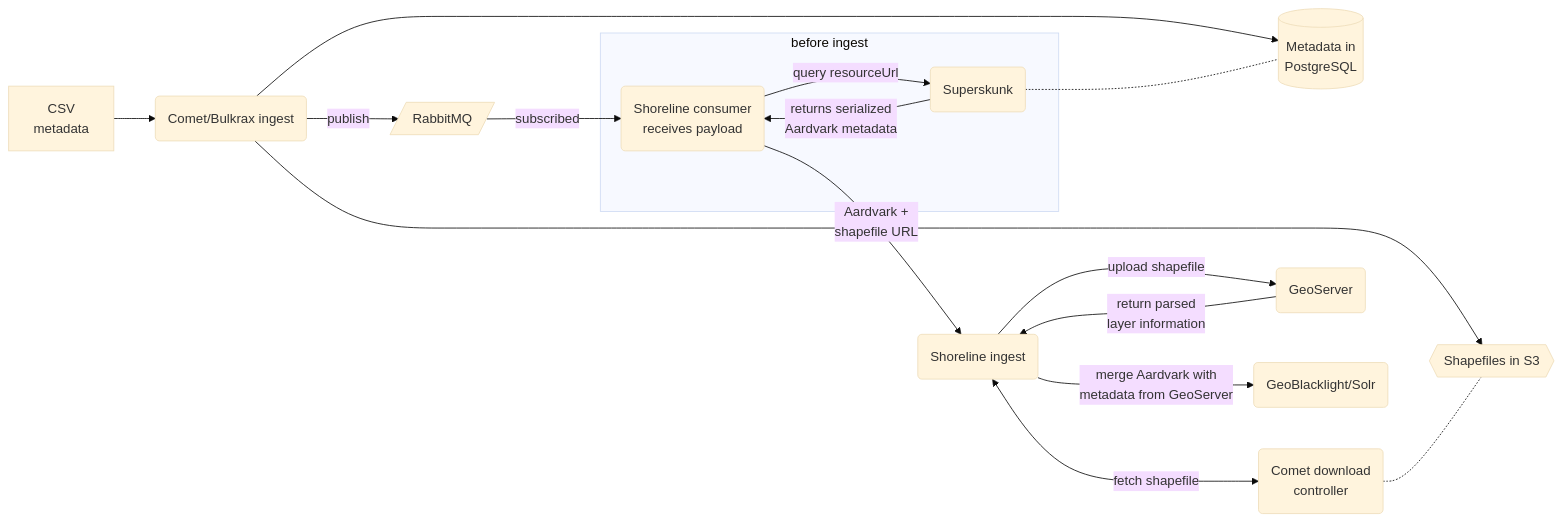
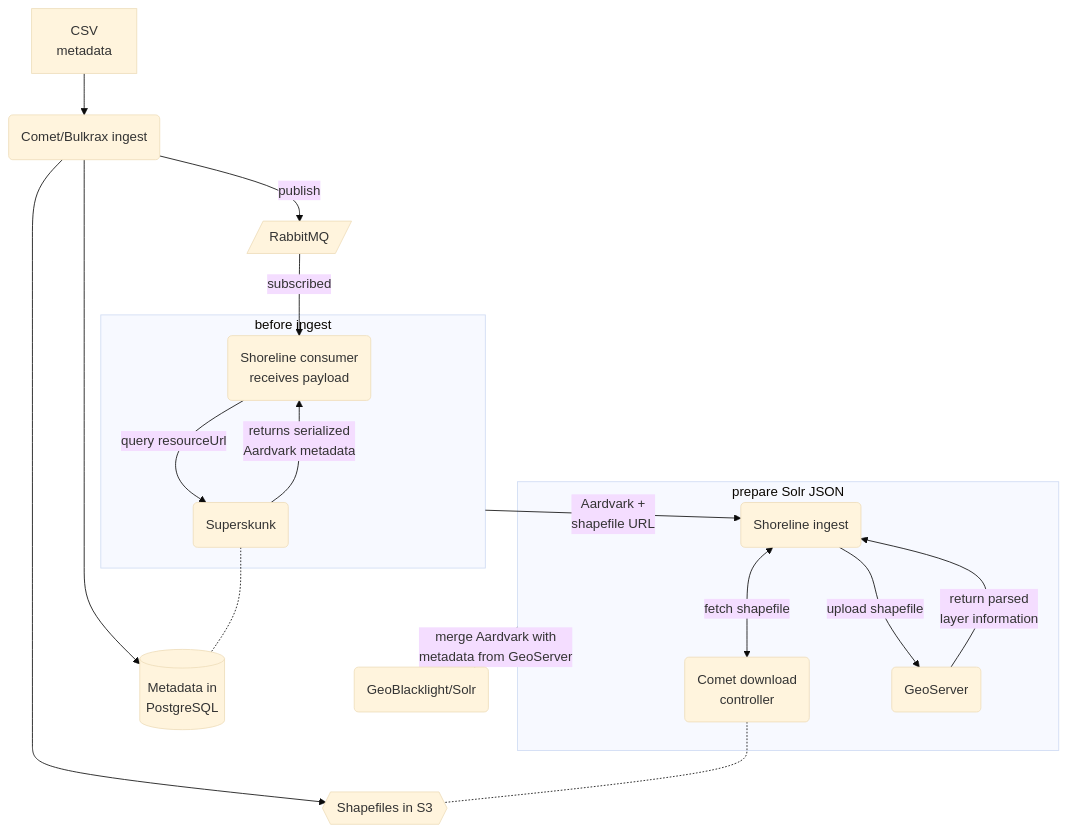
The diagram in docs/themanual/comet/bulkrax.md (surfliner/surfliner-mirror), drawn with Mermaid (base theme) before and after one commit.

Commit message:
docs: improve comet->shoreline diagram flow

````diff
--- a/docs/themanual/comet/bulkrax.md
+++ b/docs/themanual/comet/bulkrax.md
@@ -5,19 +5,21 @@
 ```mermaid
-flowchart LR
+flowchart TD
     A[CSV \n metadata] --> B(Comet/Bulkrax ingest)
     B --> C[(Metadata in \n PostgreSQL)]
     B --> D{{Shapefiles in S3}}
     B -->|publish| E[/RabbitMQ/]
     E -->|subscribed| F(Shoreline consumer \n receives payload)
     F -->|query resourceUrl| G(Superskunk)
     G -.- C
-    subgraph before ingest
+    subgraph b4 [before ingest]
     G -->|returns serialized \n Aardvark metadata| F
     end
-    F -->|Aardvark + \n shapefile URL| H(Shoreline ingest)
+    b4 -->|Aardvark + \n shapefile URL| H(Shoreline ingest)
+    subgraph m1 [prepare Solr JSON]
     H <-->|fetch shapefile| J(Comet download \n controller)
-    J -.- D
     H -->|upload shapefile| I(GeoServer)
     I -->|return parsed \n layer information| H
-    H -->|merge Aardvark with \n metadata from GeoServer| K(GeoBlacklight/Solr)
+    end
+    J -.- D
+    m1 -->|merge Aardvark with \n metadata from GeoServer| K(GeoBlacklight/Solr)
 ```
````
